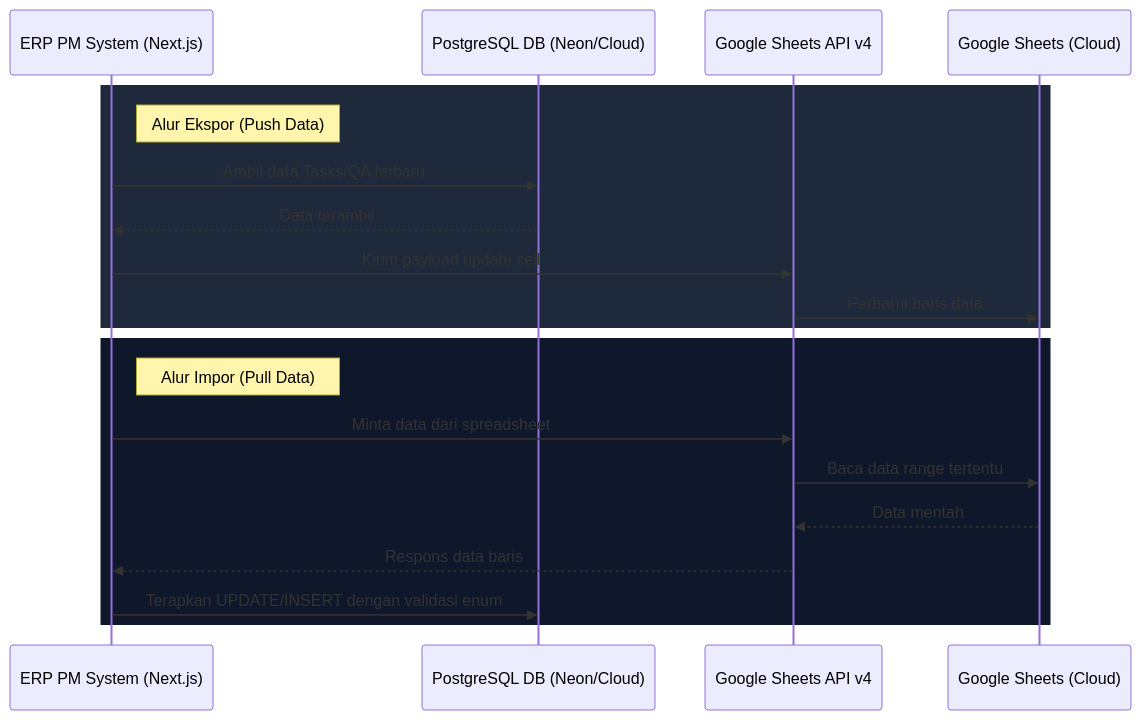
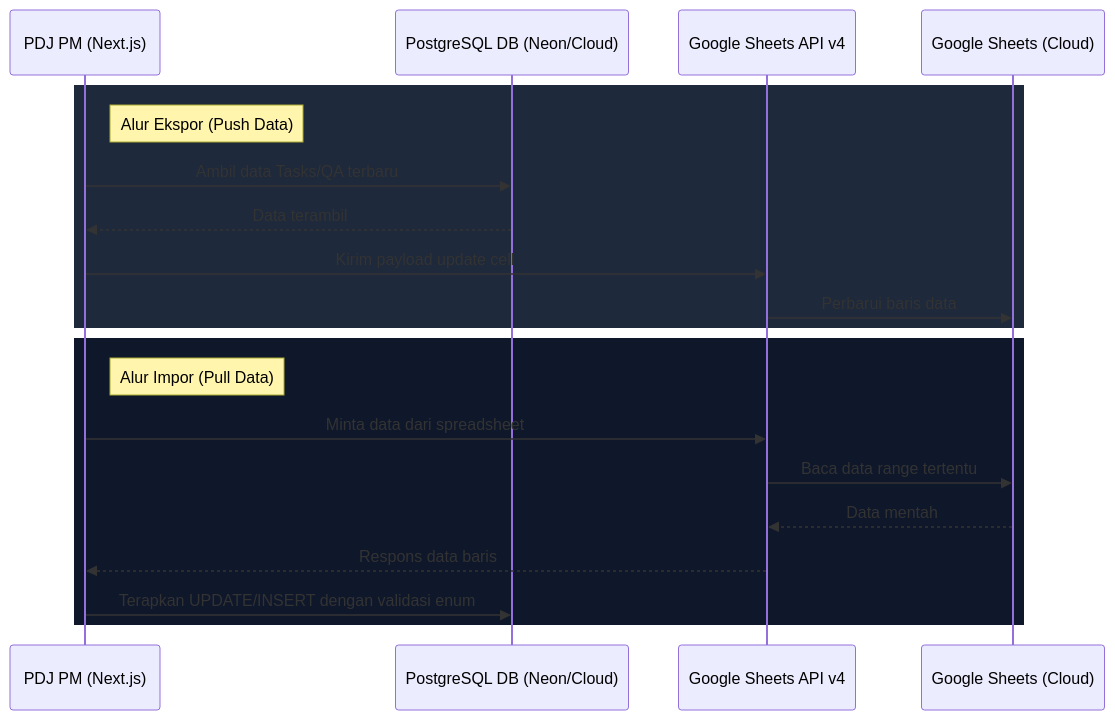
Before and after one commit to ndo-fer/pm-qa-system: the diagram in docs-site/docs/architecture/data-sync.md, drawn with Mermaid. The commit also changed 15 other files, not shown here.

Commit message:
rebrand: rename system to PDJ PM across all files

````diff
--- a/docs-site/docs/architecture/data-sync.md
+++ b/docs-site/docs/architecture/data-sync.md
@@ -9,24 +9,24 @@
 ```mermaid
 sequenceDiagram
-    participant WebApp as ERP PM System (Next.js)
+    participant WebApp as PDJ PM (Next.js)
     participant DB as PostgreSQL DB (Neon/Cloud)
     participant API as Google Sheets API v4
     participant Sheet as Google Sheets (Cloud)
 
     rect rgb(30, 41, 59)
         note right of WebApp: Alur Ekspor (Push Data)
         WebApp->>DB: Ambil data Tasks/QA terbaru
         DB-->>WebApp: Data terambil
         WebApp->>API: Kirim payload update cell
         API->>Sheet: Perbarui baris data
     end
     
     rect rgb(15, 23, 42)
         note right of WebApp: Alur Impor (Pull Data)
         WebApp->>API: Minta data dari spreadsheet
         API->>Sheet: Baca data range tertentu
         Sheet-->>API: Data mentah
         API-->>WebApp: Respons data baris
         WebApp->>DB: Terapkan UPDATE/INSERT dengan validasi enum
     end
 ```
````
